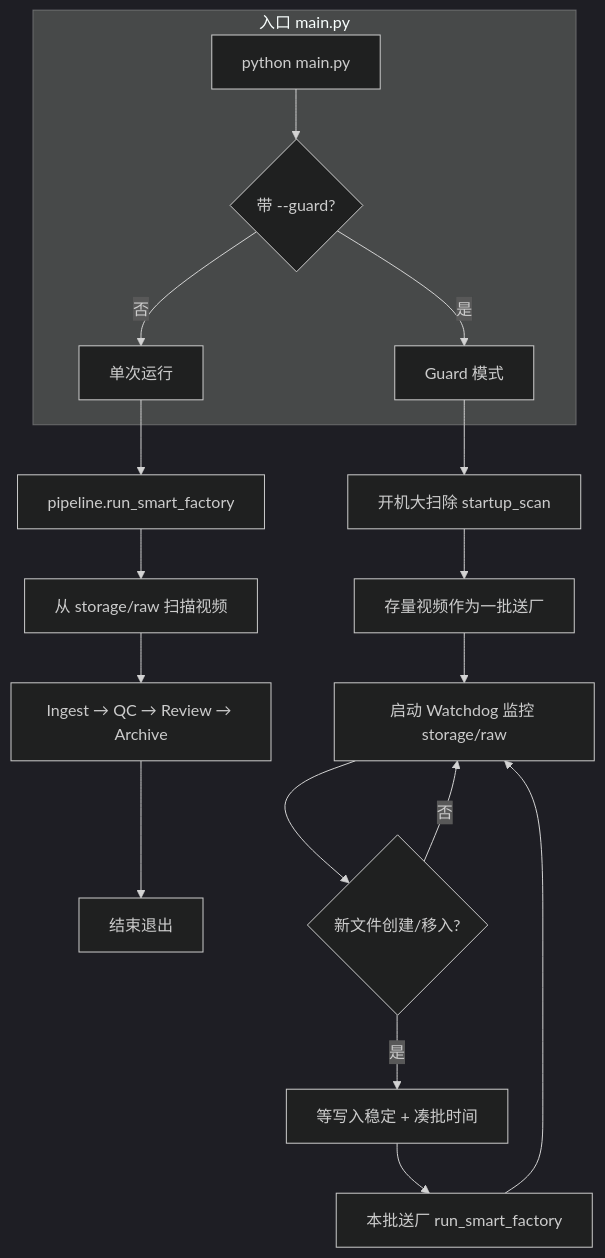
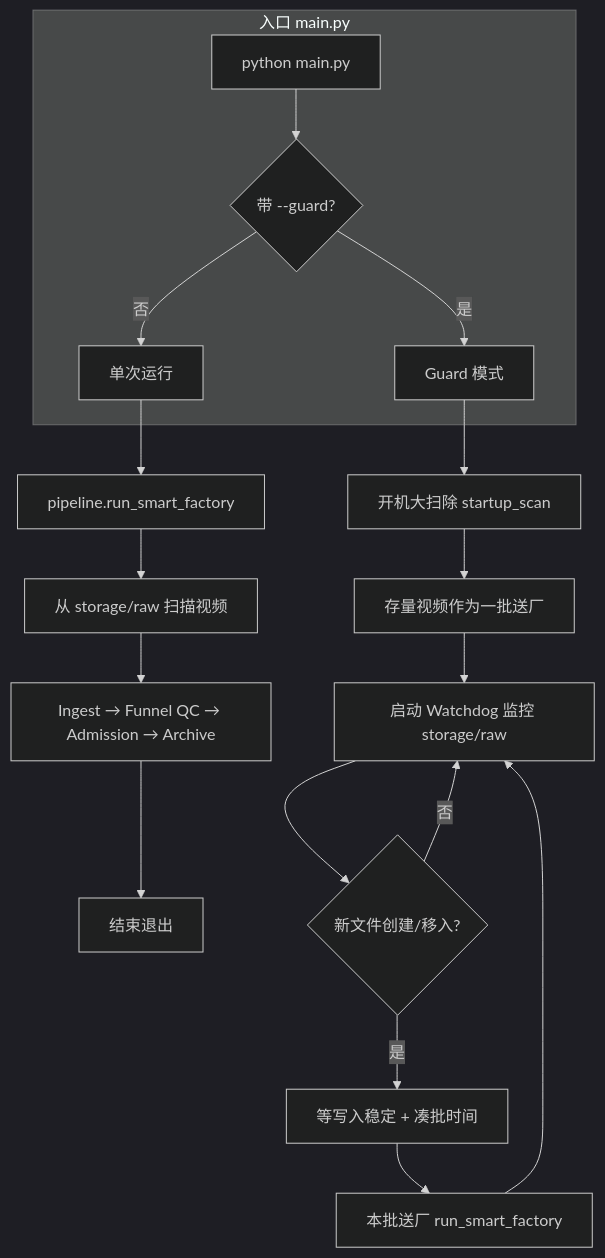
Before and after one commit to smileyimao/DataFactory: the first of 5 diagrams in docs/logic_diagram.md, drawn with Mermaid (dark theme). The commit also changed other lines of this file and 11 other files, not shown here.

First line of the commit message:
feat(v2.8): Ingest 预检 + 流程命名 (Funnel QC, Admission)

````diff
--- a/docs/logic_diagram.md
+++ b/docs/logic_diagram.md
@@ -5,22 +5,22 @@
 ```mermaid
 flowchart TB
     subgraph entry["入口 main.py"]
         A[python main.py] --> B{带 --guard?}
         B -->|否| C[单次运行]
         B -->|是| D[Guard 模式]
     end
 
     C --> E[pipeline.run_smart_factory]
     E --> F[从 storage/raw 扫描视频]
-    F --> G[Ingest → QC → Review → Archive]
+    F --> G[Ingest → Funnel QC → Admission → Archive]
     G --> H[结束退出]
 
     D --> I[开机大扫除 startup_scan]
     I --> J[存量视频作为一批送厂]
     J --> K[启动 Watchdog 监控 storage/raw]
     K --> L{新文件创建/移入?}
     L -->|是| M[等写入稳定 + 凑批时间]
     M --> N[本批送厂 run_smart_factory]
     N --> K
     L -->|否| K
 ```
````
